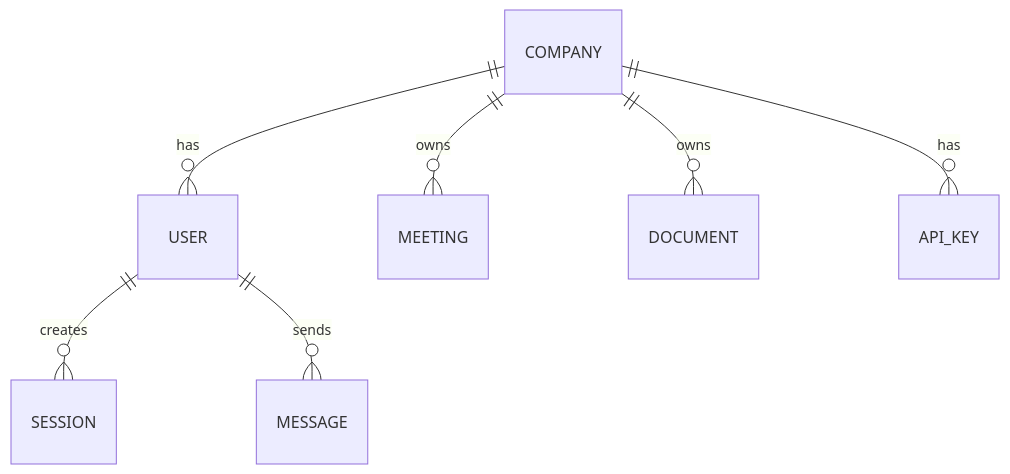
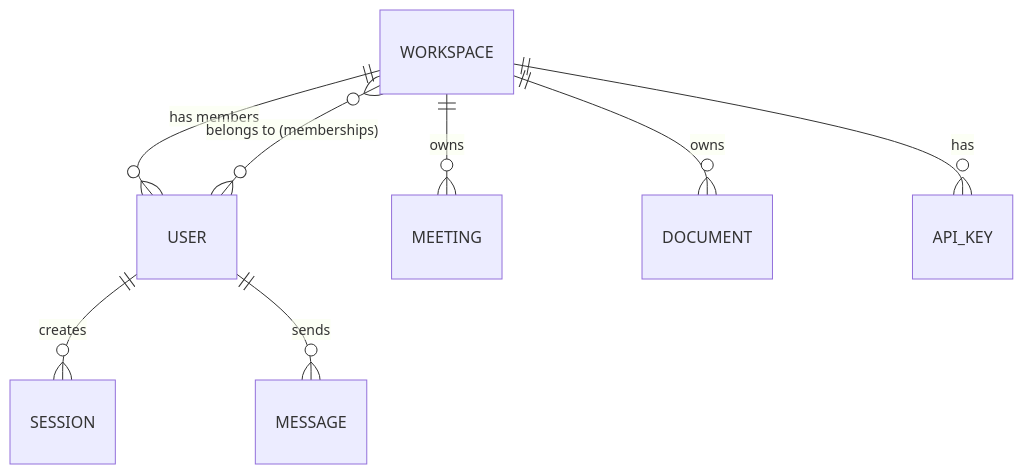
Before and after one commit to kioku-org/kioku: the diagram in docs/core-concepts/multi-tenancy.md, drawn with Mermaid. The commit also changed other lines of this file and 45 other files, not shown here.

````diff
--- a/docs/core-concepts/multi-tenancy.md
+++ b/docs/core-concepts/multi-tenancy.md
@@ -10,9 +20,10 @@
 ```mermaid
 erDiagram
-    COMPANY ||--o{ USER : has
-    COMPANY ||--o{ MEETING : owns
-    COMPANY ||--o{ DOCUMENT : owns
-    COMPANY ||--o{ API_KEY : has
+    WORKSPACE ||--o{ USER : "has members"
+    WORKSPACE ||--o{ MEETING : owns
+    WORKSPACE ||--o{ DOCUMENT : owns
+    WORKSPACE ||--o{ API_KEY : has
+    USER }o--o{ WORKSPACE : "belongs to (memberships)"
     USER ||--o{ SESSION : creates
     USER ||--o{ MESSAGE : sends
 ```
````
